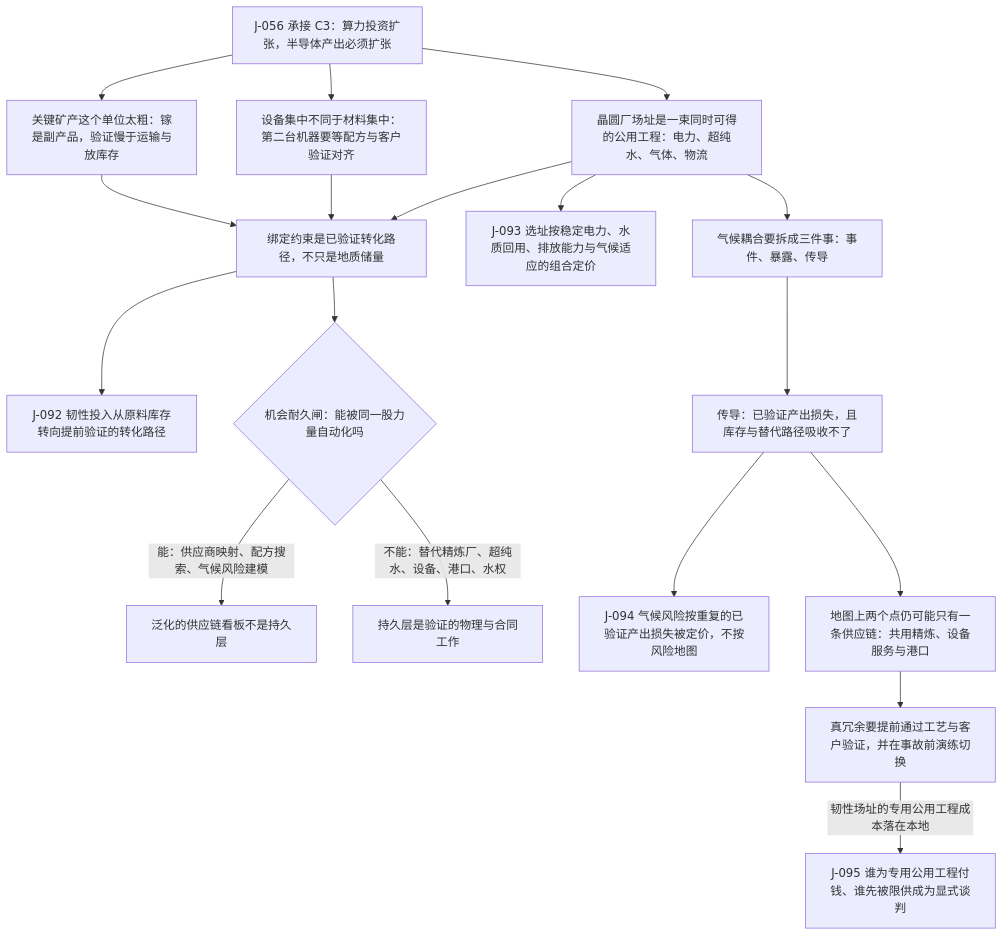
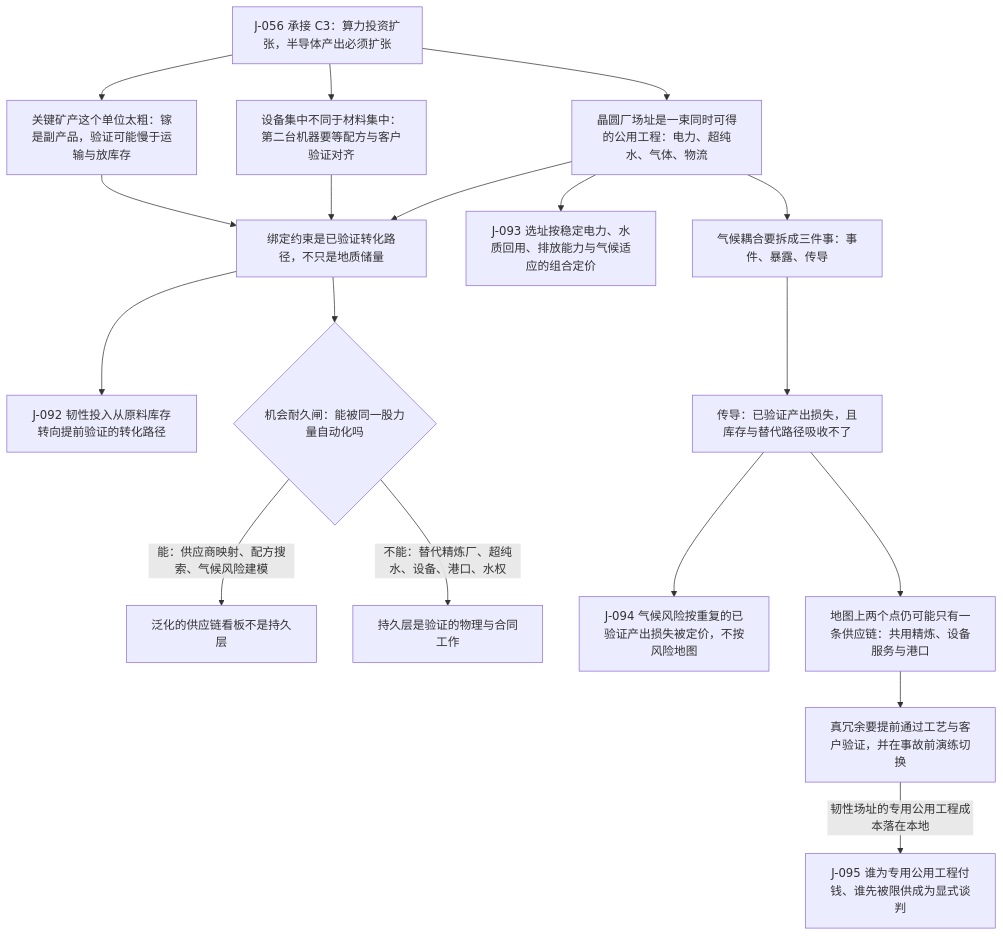
Before and after one commit to SenZhangAI/foresight-by-ai: the diagram in docs/zh/chains/80-fab-materials-and-climate.md, drawn with Mermaid. The commit also changed 11 other files, not shown here.

````diff
--- a/docs/zh/chains/80-fab-materials-and-climate.md
+++ b/docs/zh/chains/80-fab-materials-and-climate.md
@@ -23,20 +23,20 @@
 ```mermaid
 flowchart TD
-  DEM["J-056 承接 C3：算力投资扩张，半导体产出必须扩张"] --> MAT["关键矿产这个单位太粗：镓是副产品，验证慢于运输与放库存"]
+  DEM["J-056 承接 C3：算力投资扩张，半导体产出必须扩张"] --> MAT["关键矿产这个单位太粗：镓是副产品，验证可能慢于运输与放库存"]
   DEM --> TOOL["设备集中不同于材料集中：第二台机器要等配方与客户验证对齐"]
   DEM --> SITE["晶圆厂场址是一束同时可得的公用工程：电力、超纯水、气体、物流"]
   MAT --> BIND["绑定约束是已验证转化路径，不只是地质储量"]
   TOOL --> BIND
   SITE --> BIND
   BIND --> J092["J-092 韧性投入从原料库存转向提前验证的转化路径"]
   SITE --> J093["J-093 选址按稳定电力、水质回用、排放能力与气候适应的组合定价"]
   SITE --> CLIM["气候耦合要拆成三件事：事件、暴露、传导"]
   CLIM --> TRANS["传导：已验证产出损失，且库存与替代路径吸收不了"]
   TRANS --> J094["J-094 气候风险按重复的已验证产出损失被定价，不按风险地图"]
   TRANS --> RED["地图上两个点仍可能只有一条供应链：共用精炼、设备服务与港口"]
   RED --> DRILL["真冗余要提前通过工艺与客户验证，并在事故前演练切换"]
   DRILL -->|"韧性场址的专用公用工程成本落在本地"| J095["J-095 谁为专用公用工程付钱、谁先被限供成为显式谈判"]
   BIND --> GATE{"机会耐久闸：能被同一股力量自动化吗"}
   GATE -->|"能：供应商映射、配方搜索、气候风险建模"| SOFT["泛化的供应链看板不是持久层"]
   GATE -->|"不能：替代精炼厂、超纯水、设备、港口、水权"| DUR["持久层是验证的物理与合同工作"]
 ```
````
